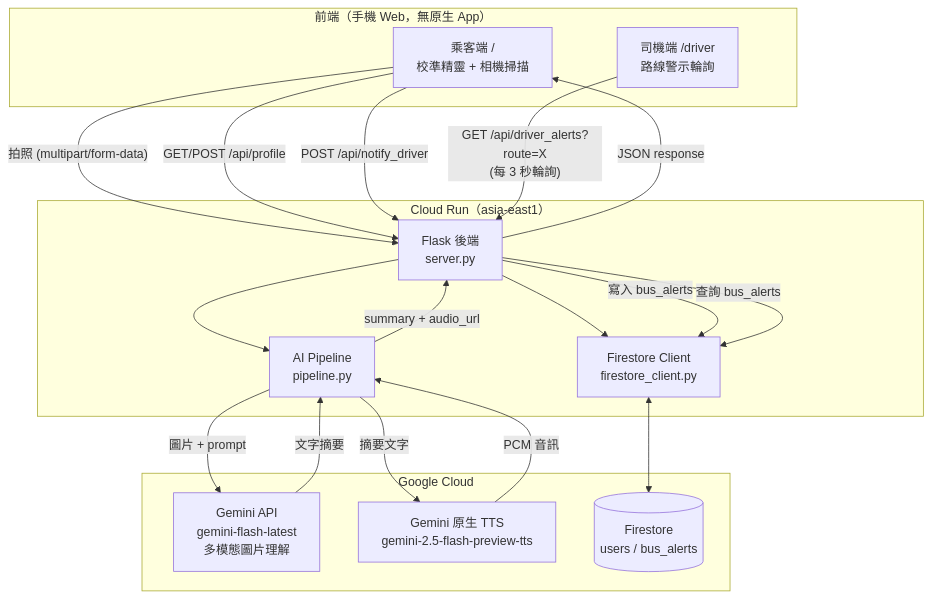
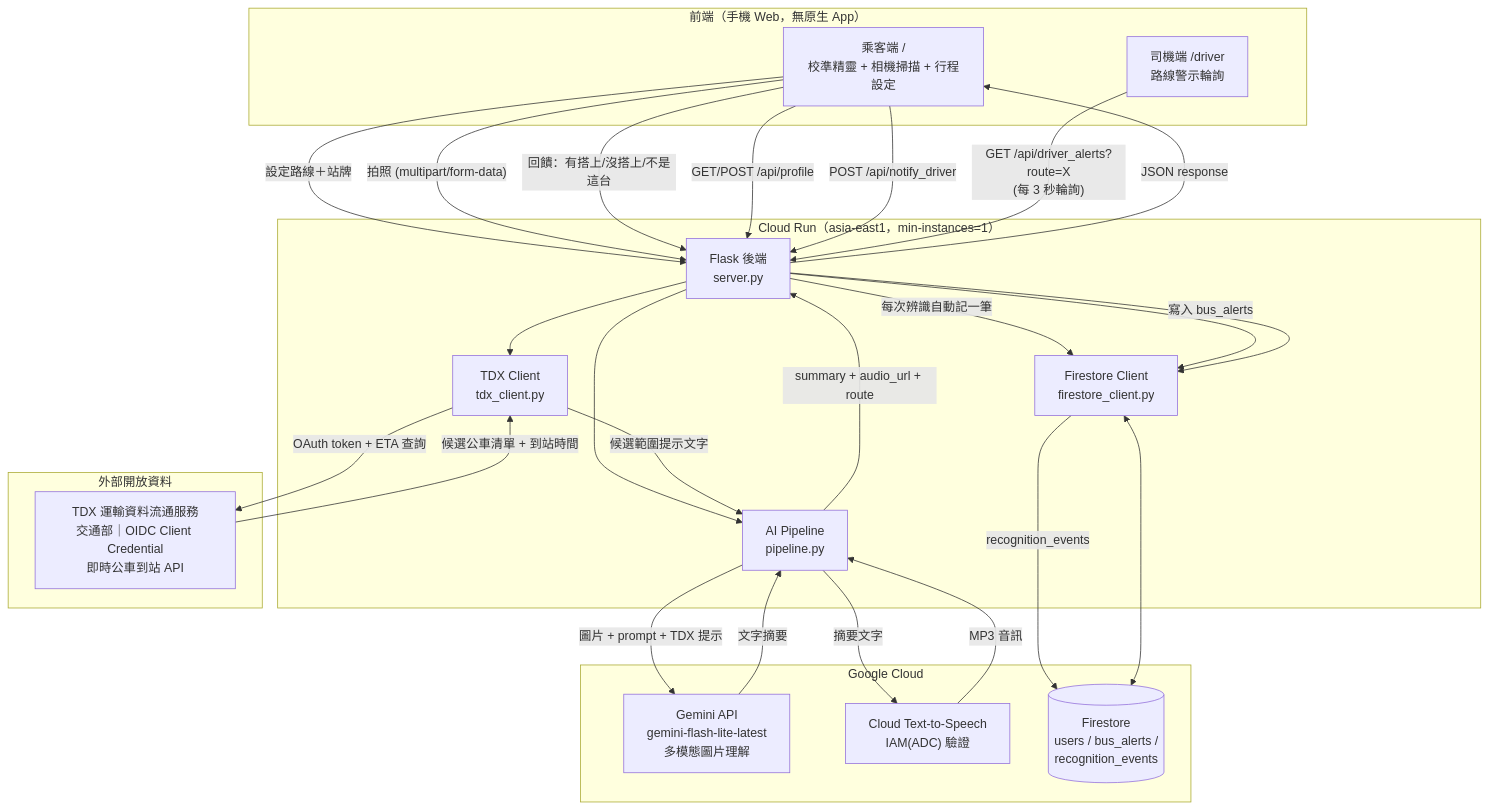
The diagram in ARCHITECTURE.md (him6794/devjam), drawn with Mermaid before and after one commit. The commit also changed other lines of this file, not shown here.

Commit message:
Update architecture doc with Module 3 (TDX) and Module 4 (telemetry)

````diff
--- a/ARCHITECTURE.md
+++ b/ARCHITECTURE.md
@@ -7,37 +9,51 @@
 ```mermaid
 flowchart TB
     subgraph Client["前端（手機 Web，無原生 App）"]
-        P["乘客端 /<br/>校準精靈 + 相機掃描"]
+        P["乘客端 /<br/>校準精靈 + 相機掃描 + 行程設定"]
         D["司機端 /driver<br/>路線警示輪詢"]
     end
 
-    subgraph CloudRun["Cloud Run（asia-east1）"]
+    subgraph CloudRun["Cloud Run（asia-east1，min-instances=1）"]
         API["Flask 後端<br/>server.py"]
         PIPE["AI Pipeline<br/>pipeline.py"]
         FS_CLIENT["Firestore Client<br/>firestore_client.py"]
+        TDX_CLIENT["TDX Client<br/>tdx_client.py"]
     end
 
     subgraph GCP["Google Cloud"]
-        GEMINI["Gemini API<br/>gemini-flash-latest<br/>多模態圖片理解"]
-        TTS["Gemini 原生 TTS<br/>gemini-2.5-flash-preview-tts"]
-        FIRESTORE[("Firestore<br/>users / bus_alerts")]
+        GEMINI["Gemini API<br/>gemini-flash-lite-latest<br/>多模態圖片理解"]
+        TTS["Cloud Text-to-Speech<br/>IAM(ADC) 驗證"]
+        FIRESTORE[("Firestore<br/>users / bus_alerts /<br/>recognition_events")]
     end
+
+    subgraph External["外部開放資料"]
+        TDX_API["TDX 運輸資料流通服務<br/>交通部｜OIDC Client Credential<br/>即時公車到站 API"]
+    end
+
+    P -- "設定路線＋站牌" --> API
+    API --> TDX_CLIENT
+    TDX_CLIENT -- "OAuth token + ETA 查詢" --> TDX_API
+    TDX_API -- "候選公車清單 + 到站時間" --> TDX_CLIENT
 
     P -- "拍照 (multipart/form-data)" --> API
     API --> PIPE
-    PIPE -- "圖片 + prompt" --> GEMINI
+    TDX_CLIENT -- "候選範圍提示文字" --> PIPE
+    PIPE -- "圖片 + prompt + TDX 提示" --> GEMINI
     GEMINI -- "文字摘要" --> PIPE
     PIPE -- "摘要文字" --> TTS
-    TTS -- "PCM 音訊" --> PIPE
-    PIPE -- "summary + audio_url" --> API
+    TTS -- "MP3 音訊" --> PIPE
+    PIPE -- "summary + audio_url + route" --> API
     API -- "JSON response" --> P
+
+    API -- "每次辨識自動記一筆" --> FS_CLIENT
+    FS_CLIENT -- "recognition_events" --> FIRESTORE
+    P -- "回饋：有搭上/沒搭上/不是這台" --> API
 
     P -- "GET/POST /api/profile" --> API
     API --> FS_CLIENT
     FS_CLIENT <--> FIRESTORE
 
     P -- "POST /api/notify_driver" --> API
     API -- "寫入 bus_alerts" --> FS_CLIENT
     D -- "GET /api/driver_alerts?route=X<br/>(每 3 秒輪詢)" --> API
-    API -- "查詢 bus_alerts" --> FS_CLIENT
 ```
````
